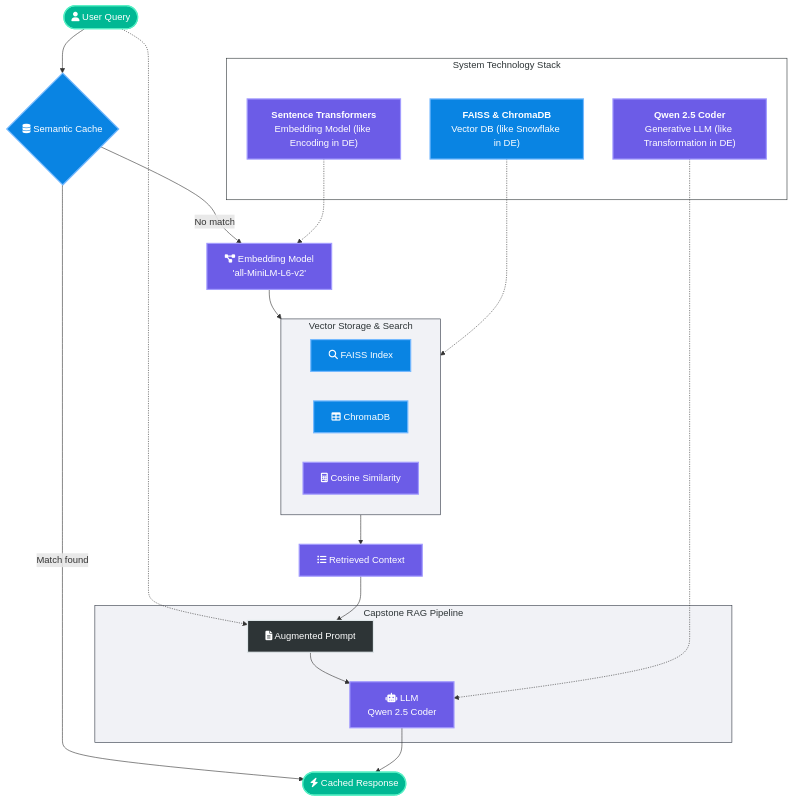
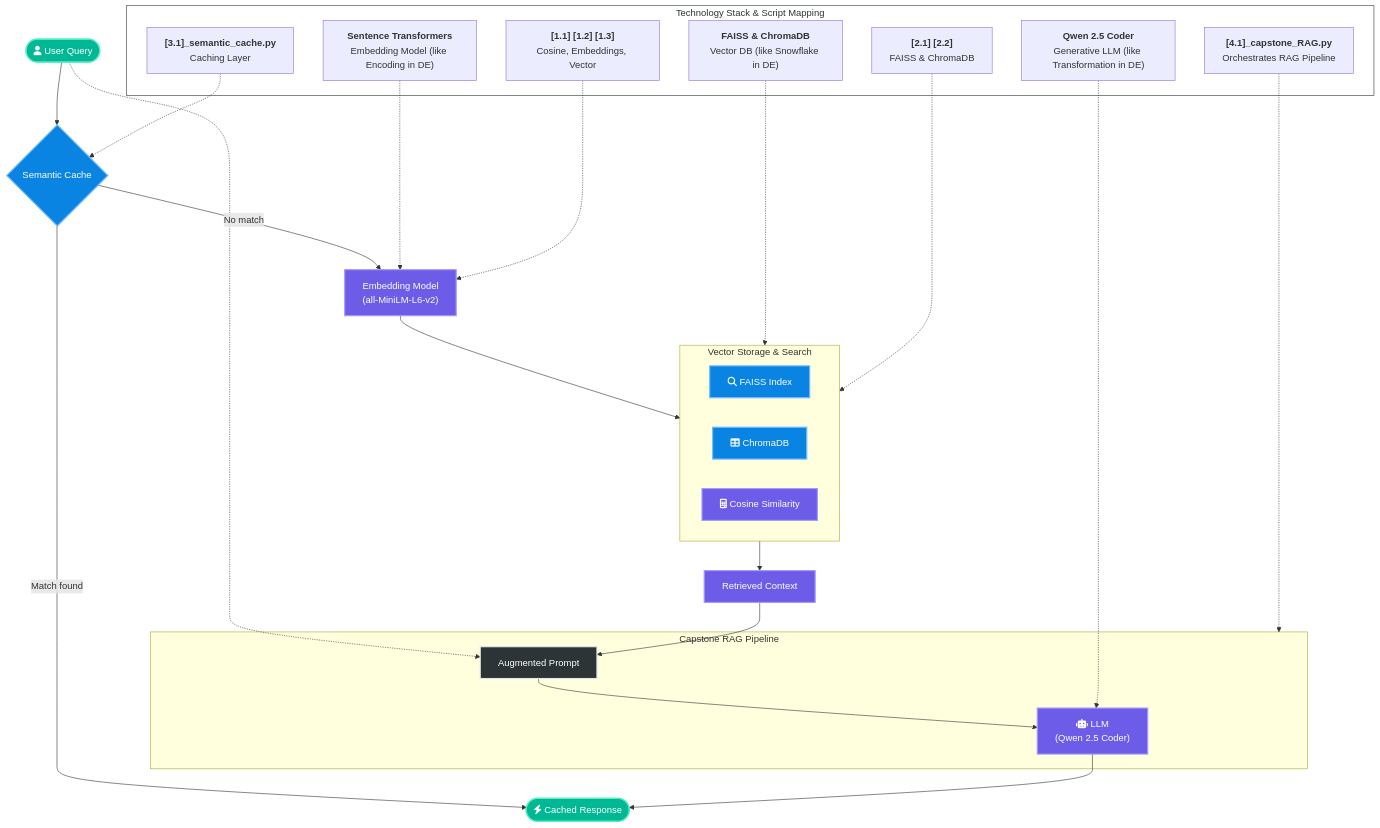
Before and after one commit to visuvishwa99/agentic-ai-foundations: the diagram in week3/week3_architecture.mmd, drawn with Mermaid. The commit also changed 16 other files, not shown here.

Commit message:
Add Week 7: Advanced RAG Pipeline with Query Enhancement, Hybrid Search, Reranking & Structured Output

```diff
--- a/week3/week3_architecture.mmd
+++ b/week3/week3_architecture.mmd
@@ -1,55 +1,66 @@
 flowchart TD
-    %% Global Graph Configuration
-    
-    %% --- Section 1: Technology Stack Reference ---
-    subgraph Tech_Stack [System Technology Stack]
-        Stack1["<b>Sentence Transformers</b><br/>Embedding Model (like Encoding in DE)"]:::process
-        Stack2["<b>FAISS & ChromaDB</b><br/>Vector DB (like Snowflake in DE)"]:::storage
-        Stack3["<b>Qwen 2.5 Coder</b><br/>Generative LLM (like Transformation in DE)"]:::process
-    end
-
-    %% --- Section 2: Input Layer ---
-    User([fa:fa-user User Query]):::user --> Cache{fa:fa-database Semantic Cache}:::storage
+    %% User Interaction
+    User(["fa:fa-user User Query"]) --> Cache{"Semantic Cache"}
     
     %% Semantic Caching Layer
-    Cache -- Match found --> Resp([fa:fa-bolt Cached Response]):::user
-    Cache -- No match --> Embed[fa:fa-project-diagram Embedding Model<br/>'all-MiniLM-L6-v2']:::process
+    Cache -- Match found --> Resp(["fa:fa-bolt Cached Response"])
+    Cache -- No match --> Embed["Embedding Model<br/>(all-MiniLM-L6-v2)"]
     
     %% Vector Retrieval Layer
     subgraph Storage ["Vector Storage & Search"]
         direction LR
-        FAISS[fa:fa-search FAISS Index]:::storage
-        Chroma[fa:fa-table ChromaDB]:::storage
-        Cosine[fa:fa-calculator Cosine Similarity]:::process
+        FAISS["fa:fa-search FAISS Index"]
+        Chroma["fa:fa-table ChromaDB"]
+        Cosine["fa:fa-calculator Cosine Similarity"]
     end
     
     Embed --> Storage
-    Storage --> Context[fa:fa-list-ul Retrieved Context]:::process
+    Storage --> Context["Retrieved Context"]
     
     %% RAG Pipeline Layer
     subgraph RAG ["Capstone RAG Pipeline"]
-        LLM[fa:fa-robot LLM<br/>Qwen 2.5 Coder]:::process
-        Prompt[fa:fa-file-alt Augmented Prompt]:::logic
+        LLM["fa:fa-robot LLM<br/>(Qwen 2.5 Coder)"]
+        Prompt["Augmented Prompt"]
     end
     
     User -.-> Prompt
     Context --> Prompt
     Prompt --> LLM
     LLM --> Resp
 
+    %% Technology Stack & Script Mapping
+    subgraph Tech_Stack [Technology Stack & Script Mapping]
+        Stack1["<b>Sentence Transformers</b><br/>Embedding Model (like Encoding in DE)"]
+        Stack2["<b>FAISS & ChromaDB</b><br/>Vector DB (like Snowflake in DE)"]
+        Stack3["<b>Qwen 2.5 Coder</b><br/>Generative LLM (like Transformation in DE)"]
+        EmbedScript["<b>[1.1] [1.2] [1.3]</b><br/>Cosine, Embeddings, Vector"]
+        DBScript["<b>[2.1] [2.2]</b><br/>FAISS & ChromaDB"]
+        CacheScript["<b>[3.1]_semantic_cache.py</b><br/>Caching Layer"]
+        RAGScript["<b>[4.1]_capstone_RAG.py</b><br/>Orchestrates RAG Pipeline"]
+    end
+
     %% Visual Connections between Stack and Logic (Dash lines)
     Stack1 -.-> Embed
     Stack2 -.-> Storage
     Stack3 -.-> LLM
 
-    %% Styling to match Subgraphs
+    %% Script-to-Architecture Mapping
+    EmbedScript -.-> Embed
+    DBScript -.-> Storage
+    CacheScript -.-> Cache
+    RAGScript -.-> RAG
+    
+    %% Apply Styles
+    class User,Resp user
+    class Cache,FAISS,Chroma storage
+    class Embed,Cosine,Context,LLM process
+    class Prompt logic
+    
     style Tech_Stack fill:#fff,stroke:#2d3436,stroke-width:1px,color:#2d3436
-    style Storage fill:#f1f2f6,stroke:#2f3542,stroke-width:1px,color:#2d3436
-    style RAG fill:#f1f2f6,stroke:#2f3542,stroke-width:1px,color:#2d3436
 
     %% Global Style Block
     classDef logic fill:#2d3436,stroke:#dfe6e9,stroke-width:2px,color:#fff
     classDef storage fill:#0984e3,stroke:#74b9ff,stroke-width:2px,color:#fff
     classDef process fill:#6c5ce7,stroke:#a29bfe,stroke-width:2px,color:#fff
     classDef user fill:#00b894,stroke:#55efc4,stroke-width:2px,color:#fff
     classDef group fill:#f1f2f6,stroke:#2f3542,stroke-width:1px,color:#2d3436
```
